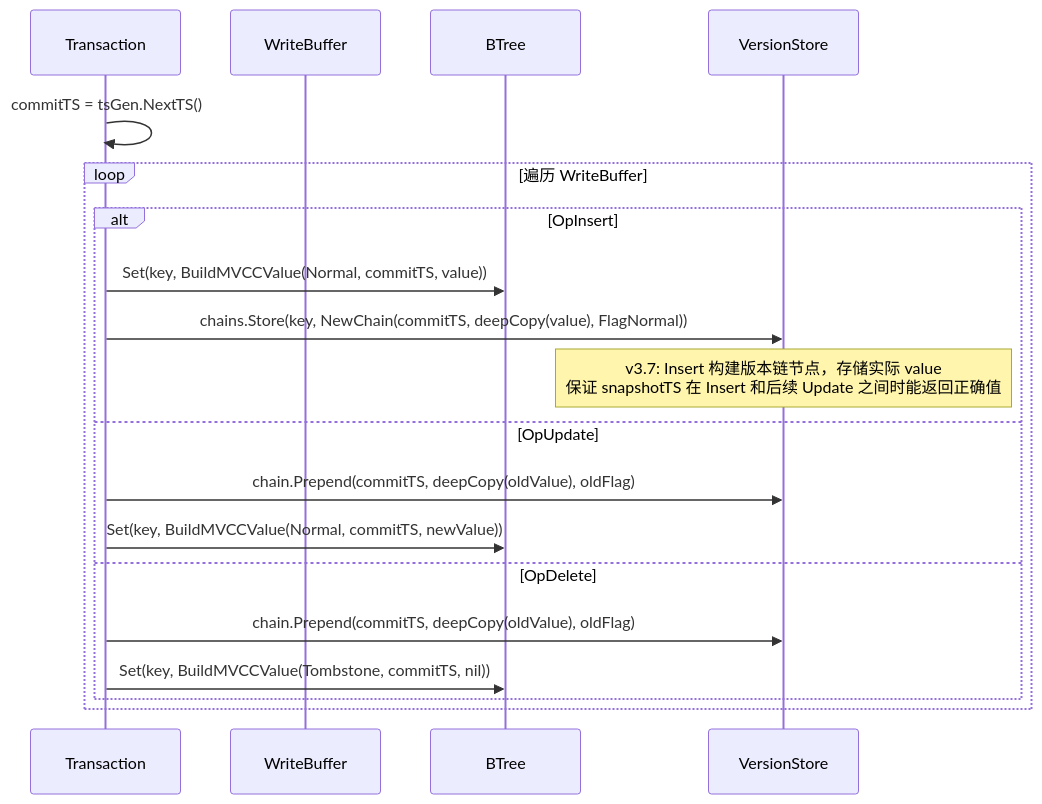
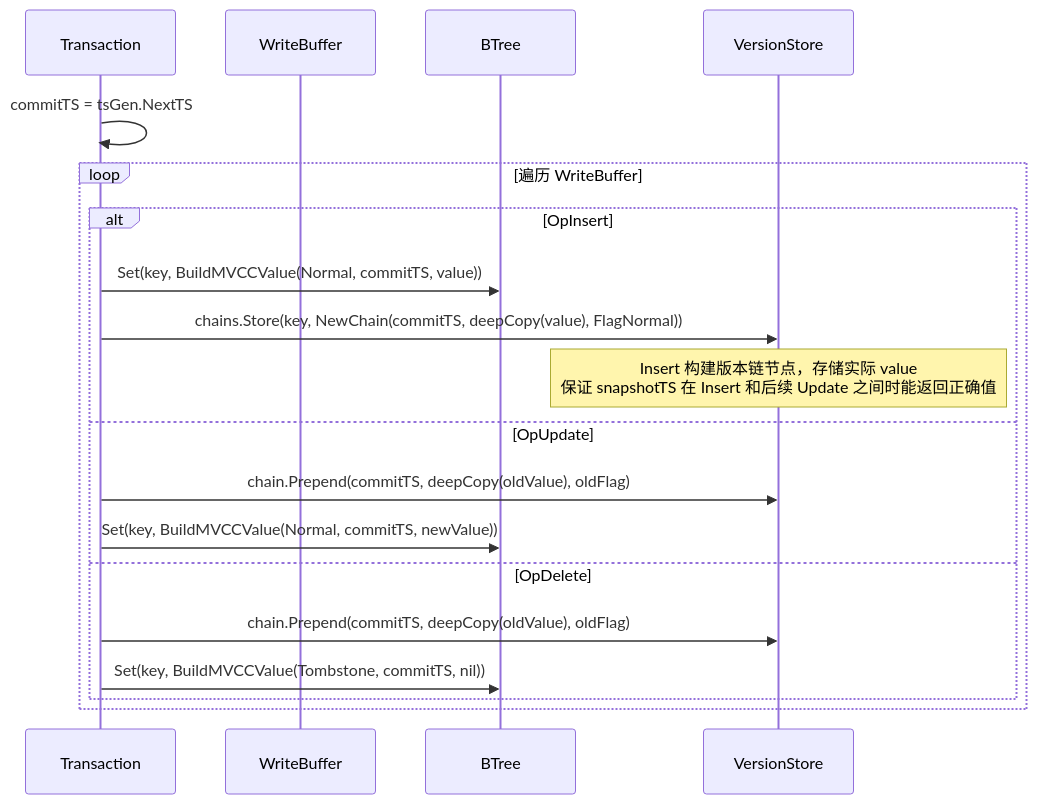
The fifth of 13 diagrams in docs/07_spike/btree-refactor/2026-04-10-mvcc-phase2-plan.md (jzhang405/NexKV), drawn with Mermaid before and after one commit. The commit also changed other lines of this file, not shown here.

First line of the commit message:
docs(mvcc): C-1 幽灵节点脏读修复 — VersionNode.rolledBack 标记方案

````diff
--- a/docs/07_spike/btree-refactor/2026-04-10-mvcc-phase2-plan.md
+++ b/docs/07_spike/btree-refactor/2026-04-10-mvcc-phase2-plan.md
@@ -522,22 +564,22 @@
 ```mermaid
 sequenceDiagram
-    participant TX as Transaction
-    participant WB as WriteBuffer
-    participant BT as BTree
-    participant VS as VersionStore
+ participant TX as Transaction
+ participant WB as WriteBuffer
+ participant BT as BTree
+ participant VS as VersionStore
 
-    TX->>TX: commitTS = tsGen.NextTS()
-    loop 遍历 WriteBuffer
-        alt OpInsert
-            TX->>BT: Set(key, BuildMVCCValue(Normal, commitTS, value))
-            TX->>VS: chains.Store(key, NewChain(commitTS, deepCopy(value), FlagNormal))
-            Note over VS: v3.7: Insert 构建版本链节点，存储实际 value<br/>保证 snapshotTS 在 Insert 和后续 Update 之间时能返回正确值
-        else OpUpdate
-            TX->>VS: chain.Prepend(commitTS, deepCopy(oldValue), oldFlag)
-            TX->>BT: Set(key, BuildMVCCValue(Normal, commitTS, newValue))
-        else OpDelete
-            TX->>VS: chain.Prepend(commitTS, deepCopy(oldValue), oldFlag)
-            TX->>BT: Set(key, BuildMVCCValue(Tombstone, commitTS, nil))
-        end
-    end
+ TX->>TX: commitTS = tsGen.NextTS
+ loop 遍历 WriteBuffer
+ alt OpInsert
+ TX->>BT: Set(key, BuildMVCCValue(Normal, commitTS, value))
+ TX->>VS: chains.Store(key, NewChain(commitTS, deepCopy(value), FlagNormal))
+ Note over VS: Insert 构建版本链节点，存储实际 value<br/>保证 snapshotTS 在 Insert 和后续 Update 之间时能返回正确值
+ else OpUpdate
+ TX->>VS: chain.Prepend(commitTS, deepCopy(oldValue), oldFlag)
+ TX->>BT: Set(key, BuildMVCCValue(Normal, commitTS, newValue))
+ else OpDelete
+ TX->>VS: chain.Prepend(commitTS, deepCopy(oldValue), oldFlag)
+ TX->>BT: Set(key, BuildMVCCValue(Tombstone, commitTS, nil))
+ end
+ end
 ```
````
